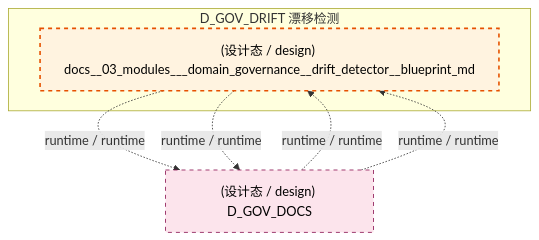
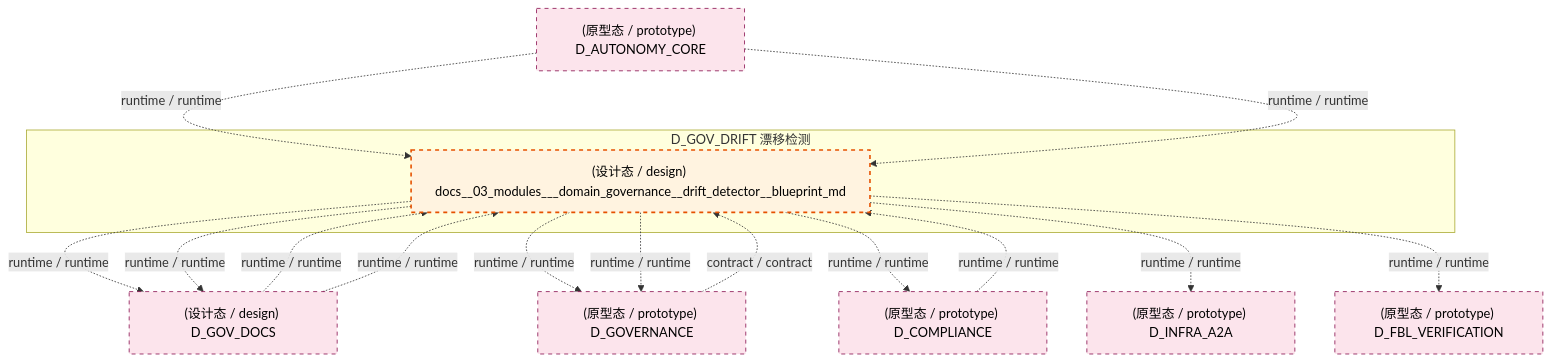
One commit to xuanFelixVan/ZephyrAlpha changed the fifth of 7 diagrams in docs/02_enterprise_architecture/02_domain_architecture_docs/41_d_gov_drift.md. Above: the diagram before and after it, drawn with Mermaid. The commit also changed other lines of this file and 127 other files, not shown here.

First line of the commit message:
chore(docs): S2-2 refresh architecture docs after depgraph rebuild

````diff
--- a/docs/02_enterprise_architecture/02_domain_architecture_docs/41_d_gov_drift.md
+++ b/docs/02_enterprise_architecture/02_domain_architecture_docs/41_d_gov_drift.md
@@ -551,17 +552,31 @@
 ```mermaid
 graph TD
     subgraph D_GOV_DRIFT["D_GOV_DRIFT 漂移检测"]
         docs_03_modules_domain_governance_drift_detector_blueprint_md["(设计态 / design) docs__03_modules___domain_governance__drift_detector__blueprint_md"]
     end
     D_GOV_DOCS["(设计态 / design) D_GOV_DOCS"]
     docs_03_modules_domain_governance_drift_detector_blueprint_md -.->|runtime / runtime| D_GOV_DOCS
+    D_GOVERNANCE["(原型态 / prototype) D_GOVERNANCE"]
+    docs_03_modules_domain_governance_drift_detector_blueprint_md -.->|runtime / runtime| D_GOVERNANCE
+    D_COMPLIANCE["(原型态 / prototype) D_COMPLIANCE"]
+    docs_03_modules_domain_governance_drift_detector_blueprint_md -.->|runtime / runtime| D_COMPLIANCE
+    D_INFRA_A2A["(原型态 / prototype) D_INFRA_A2A"]
+    docs_03_modules_domain_governance_drift_detector_blueprint_md -.->|runtime / runtime| D_INFRA_A2A
+    D_FBL_VERIFICATION["(原型态 / prototype) D_FBL_VERIFICATION"]
+    docs_03_modules_domain_governance_drift_detector_blueprint_md -.->|runtime / runtime| D_FBL_VERIFICATION
     docs_03_modules_domain_governance_drift_detector_blueprint_md -.->|runtime / runtime| D_GOV_DOCS
+    docs_03_modules_domain_governance_drift_detector_blueprint_md -.->|runtime / runtime| D_GOVERNANCE
+    D_COMPLIANCE -.->|runtime / runtime| docs_03_modules_domain_governance_drift_detector_blueprint_md
     D_GOV_DOCS -.->|runtime / runtime| docs_03_modules_domain_governance_drift_detector_blueprint_md
     D_GOV_DOCS -.->|runtime / runtime| docs_03_modules_domain_governance_drift_detector_blueprint_md
+    D_GOVERNANCE -.->|contract / contract| docs_03_modules_domain_governance_drift_detector_blueprint_md
+    D_AUTONOMY_CORE["(原型态 / prototype) D_AUTONOMY_CORE"]
+    D_AUTONOMY_CORE -.->|runtime / runtime| docs_03_modules_domain_governance_drift_detector_blueprint_md
+    D_AUTONOMY_CORE -.->|runtime / runtime| docs_03_modules_domain_governance_drift_detector_blueprint_md
     classDef production fill:#e1f5fe,stroke:#01579b,stroke-width:2px,color:#000
     classDef design fill:#fff3e0,stroke:#e65100,stroke-width:2px,color:#000,stroke-dasharray: 5 5
     classDef external_prod fill:#e8f5e9,stroke:#1b5e20,stroke-width:1px,color:#000
     classDef external_design fill:#fce4ec,stroke:#880e4f,stroke-width:1px,color:#000,stroke-dasharray: 5 5
     class docs_03_modules_domain_governance_drift_detector_blueprint_md design
-    class D_GOV_DOCS external_design
+    class D_GOV_DOCS,D_GOVERNANCE,D_COMPLIANCE,D_INFRA_A2A,D_FBL_VERIFICATION,D_AUTONOMY_CORE external_design
 ```
````
